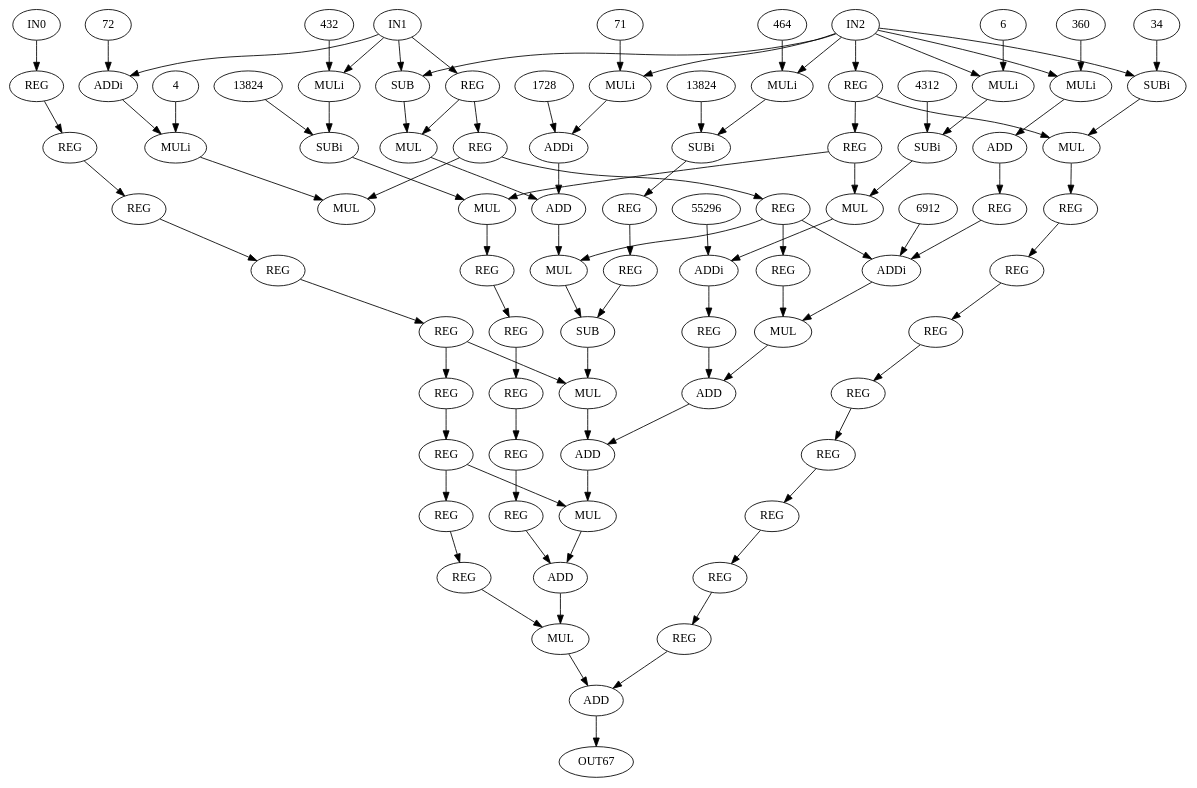
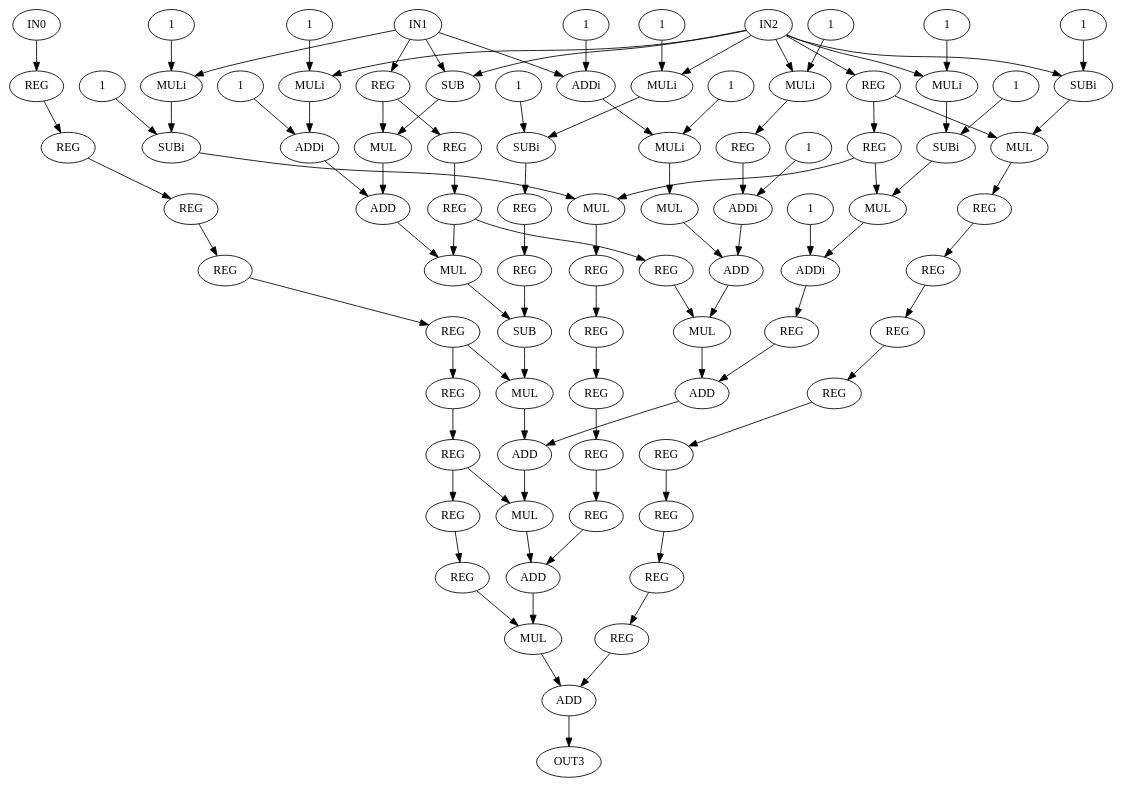
Before and after one commit to lesc-ufv/fdam: the diagram in fdam-samples/fdam-cgra-samples/cgra_128_radix8/sw/cpp/dot_dataflows/poly8.dot, drawn with Graphviz. The commit also changed 5 other files, not shown here.

```diff
--- a/fdam-samples/fdam-cgra-samples/cgra_128_radix8/sw/cpp/dot_dataflows/poly8.dot
+++ b/fdam-samples/fdam-cgra-samples/cgra_128_radix8/sw/cpp/dot_dataflows/poly8.dot
@@ -1,181 +1,180 @@
 digraph Poly8{
  0 [ label = IN0 ]
  1 [ label = IN1 ]
  2 [ label = IN2 ]
- 3 [ label = REG]
- 4 [ label = REG]
- 5 [ label = REG]
- 6 [ label = REG]
- 7 [ label = REG]
- 8 [ label = REG]
- 9 [ label = REG]
- 10 [ label = REG]
- 11 [ label = REG]
- 12 [ label = REG]
- 13 [ label = REG]
- 14 [ label = REG]
- 15 [ label = REG]
- 16 [ label = REG]
- 17 [ label = REG]
- 18 [ label = REG]
- 19 [ label = REG]
- 20 [ label = REG]
- 21 [ label = REG]
- 22 [ label = REG]
- 23 [ label = REG]
- 24 [ label = REG]
- 25 [ label = REG]
- 26 [ label = REG]
- 27 [ label = REG]
- 28 [ label = REG]
- 29 [ label = REG]
- 30 [ label = REG]
- 31 [ label = REG]
- 32 [ label = REG]
- 33 [ label = REG]
- 34 [ label = REG]
- 35 [ label = ADDi, VALUE = 72]
- "35.72"[ label = 72 ]
- 36 [ label = ADD]
- 37 [ label = ADDi, VALUE = 6912]
- "37.6912"[ label = 6912 ]
- 38 [ label = ADDi, VALUE = 1728]
- "38.1728"[ label = 1728 ]
- 39 [ label = ADD]
- 40 [ label = ADDi, VALUE = 55296]
- "40.55296"[ label = 55296 ]
- 41 [ label = ADD]
- 42 [ label = ADD]
- 43 [ label = ADD]
- 44 [ label = ADD]
- 45 [ label = MULi, VALUE = 4]
- "45.4"[ label = 4 ]
- 46 [ label = MUL]
- 47 [ label = MULi, VALUE = 432]
- "47.432"[ label = 432 ]
- 48 [ label = MUL]
- 49 [ label = MUL]
- 50 [ label = MULi, VALUE = 360]
- "50.360"[ label = 360 ]
- 51 [ label = MUL]
- 52 [ label = MULi, VALUE = 71]
- "52.71"[ label = 71 ]
- 53 [ label = MUL]
- 54 [ label = MULi, VALUE = 6]
- "54.6"[ label = 6 ]
- 55 [ label = MUL]
- 56 [ label = MULi, VALUE = 464]
- "56.464"[ label = 464 ]
- 57 [ label = MUL]
- 58 [ label = MUL]
- 59 [ label = MUL]
- 60 [ label = MUL]
- 61 [ label = SUBi, VALUE = 13824]
- "61.13824"[ label = 13824 ]
- 62 [ label = SUB]
- 63 [ label = SUBi, VALUE = 4312]
- "63.4312"[ label = 4312 ]
- 64 [ label = SUBi, VALUE = 13824]
- "64.13824"[ label = 13824 ]
- 65 [ label = SUB]
- 66 [ label = SUBi, VALUE = 34]
- "66.34"[ label = 34 ]
- 67 [ label = OUT67 ]
- 0 -> 26
- 1 -> 3
- 1 -> 35
- 1 -> 47
- 1 -> 62
- 2 -> 62
+ 3 [ label = OUT3 ]
+ 4 [ label = MUL]
+ 5 [ label = MUL]
+ 6 [ label = MUL]
+ 7 [ label = MUL]
+ 8 [ label = MUL]
+ 9 [ label = MUL]
+ 10 [ label = MUL]
+ 11 [ label = MUL]
+ 12 [ label = MUL]
+ 13 [ label = MUL]
+ 14 [ label = SUB]
+ 15 [ label = SUB]
+ 16 [ label = ADD]
+ 17 [ label = ADD]
+ 18 [ label = ADD]
+ 19 [ label = ADD]
+ 20 [ label = ADD]
+ 21 [ label = ADD]
+ 22 [ label = ADDi, VALUE = 1]
+ "22.1"[ label = 1 ]
+ 23 [ label = ADDi, VALUE = 1]
+ "23.1"[ label = 1 ]
+ 24 [ label = ADDi, VALUE = 1]
+ "24.1"[ label = 1 ]
+ 25 [ label = ADDi, VALUE = 1]
+ "25.1"[ label = 1 ]
+ 26 [ label = MULi, VALUE = 1]
+ "26.1"[ label = 1 ]
+ 27 [ label = MULi, VALUE = 1]
+ "27.1"[ label = 1 ]
+ 28 [ label = MULi, VALUE = 1]
+ "28.1"[ label = 1 ]
+ 29 [ label = MULi, VALUE = 1]
+ "29.1"[ label = 1 ]
+ 30 [ label = MULi, VALUE = 1]
+ "30.1"[ label = 1 ]
+ 31 [ label = MULi, VALUE = 1]
+ "31.1"[ label = 1 ]
+ 32 [ label = SUBi, VALUE = 1]
+ "32.1"[ label = 1 ]
+ 33 [ label = SUBi, VALUE = 1]
+ "33.1"[ label = 1 ]
+ 34 [ label = SUBi, VALUE = 1]
+ "34.1"[ label = 1 ]
+ 35 [ label = SUBi, VALUE = 1]
+ "35.1"[ label = 1 ]
+ 36 [ label = REG]
+ 37 [ label = REG]
+ 38 [ label = REG]
+ 39 [ label = REG]
+ 40 [ label = REG]
+ 41 [ label = REG]
+ 42 [ label = REG]
+ 43 [ label = REG]
+ 44 [ label = REG]
+ 45 [ label = REG]
+ 46 [ label = REG]
+ 47 [ label = REG]
+ 48 [ label = REG]
+ 49 [ label = REG]
+ 50 [ label = REG]
+ 51 [ label = REG]
+ 52 [ label = REG]
+ 53 [ label = REG]
+ 54 [ label = REG]
+ 55 [ label = REG]
+ 56 [ label = REG]
+ 57 [ label = REG]
+ 58 [ label = REG]
+ 59 [ label = REG]
+ 60 [ label = REG]
+ 61 [ label = REG]
+ 62 [ label = REG]
+ 63 [ label = REG]
+ 64 [ label = REG]
+ 65 [ label = REG]
+ 66 [ label = REG]
+ 67 [ label = REG]
+ 0 -> 36
+ 1 -> 45
+ 1 -> 22
+ 1 -> 27
+ 1 -> 15
  2 -> 15
- 2 -> 50
- 2 -> 52
- 2 -> 54
- 2 -> 56
- 2 -> 66
- 3 -> 4
- 3 -> 49
- 4 -> 5
- 4 -> 46
- 5 -> 6
- 5 -> 37
- 5 -> 53
- 6 -> 51
- 7 -> 8
- 8 -> 9
- 9 -> 10
- 10 -> 11
- 11 -> 43
- 12 -> 23
- 13 -> 37
- 14 -> 41
- 15 -> 16
- 15 -> 60
- 16 -> 48
- 16 -> 55
- 17 -> 18
- 18 -> 65
- 19 -> 20
- 20 -> 21
- 21 -> 22
- 22 -> 12
- 23 -> 24
- 24 -> 25
- 25 -> 44
- 26 -> 27
- 27 -> 28
- 28 -> 29
- 29 -> 30
- 30 -> 31
- 30 -> 57
- 31 -> 32
- 32 -> 33
- 32 -> 58
- 33 -> 34
- 34 -> 59
- "35.72" -> 35
- 35 -> 45
- 36 -> 13
- "37.6912" -> 37
- 37 -> 51
- "38.1728" -> 38
+ 2 -> 55
+ 2 -> 28
+ 2 -> 29
+ 2 -> 30
+ 2 -> 31
+ 2 -> 33
+ 4 -> 16
+ 5 -> 17
+ 6 -> 14
+ 7 -> 49
+ 8 -> 20
+ 9 -> 21
+ 10 -> 19
+ 11 -> 18
+ 12 -> 60
+ 13 -> 25
+ 14 -> 5
+ 15 -> 10
+ 16 -> 3
+ 17 -> 9
+ 18 -> 8
+ 19 -> 6
+ 20 -> 17
+ 21 -> 4
+ "22.1" -> 22
+ 22 -> 26
+ "23.1" -> 23
+ 23 -> 18
+ "24.1" -> 24
+ 24 -> 19
+ "25.1" -> 25
+ 25 -> 57
+ "26.1" -> 26
+ 26 -> 11
+ "27.1" -> 27
+ 27 -> 32
+ "28.1" -> 28
+ 28 -> 54
+ "29.1" -> 29
+ 29 -> 24
+ "30.1" -> 30
+ 30 -> 35
+ "31.1" -> 31
+ 31 -> 34
+ "32.1" -> 32
+ 32 -> 7
+ "33.1" -> 33
+ 33 -> 12
+ "34.1" -> 34
+ 34 -> 58
+ "35.1" -> 35
+ 35 -> 13
+ 36 -> 37
+ 37 -> 38
  38 -> 39
- 39 -> 53
- "40.55296" -> 40
- 40 -> 14
+ 39 -> 40
+ 40 -> 5
+ 40 -> 41
  41 -> 42
- 42 -> 58
- 43 -> 59
- 44 -> 67
- "45.4" -> 45
+ 42 -> 9
+ 42 -> 43
+ 43 -> 44
+ 44 -> 4
  45 -> 46
- "47.432" -> 47
- 47 -> 61
- 48 -> 7
- 49 -> 39
- "50.360" -> 50
- 50 -> 36
- 51 -> 41
- "52.71" -> 52
- 52 -> 38
- 53 -> 65
- "54.6" -> 54
- 54 -> 63
- 55 -> 40
- "56.464" -> 56
- 56 -> 64
- 57 -> 42
- 58 -> 43
- 59 -> 44
- 60 -> 19
- "61.13824" -> 61
- 61 -> 48
- 62 -> 49
- "63.4312" -> 63
- 63 -> 55
- "64.13824" -> 64
- 64 -> 17
- 65 -> 57
- "66.34" -> 66
- 66 -> 60
+ 45 -> 10
+ 46 -> 47
+ 47 -> 48
+ 47 -> 6
+ 48 -> 8
+ 49 -> 50
+ 50 -> 51
+ 51 -> 52
+ 52 -> 53
+ 53 -> 21
+ 54 -> 23
+ 55 -> 56
+ 55 -> 12
+ 56 -> 7
+ 56 -> 13
+ 57 -> 20
+ 58 -> 59
+ 59 -> 14
+ 60 -> 61
+ 61 -> 62
+ 62 -> 63
+ 63 -> 64
+ 64 -> 65
+ 65 -> 66
+ 66 -> 67
+ 67 -> 16
 }
```
